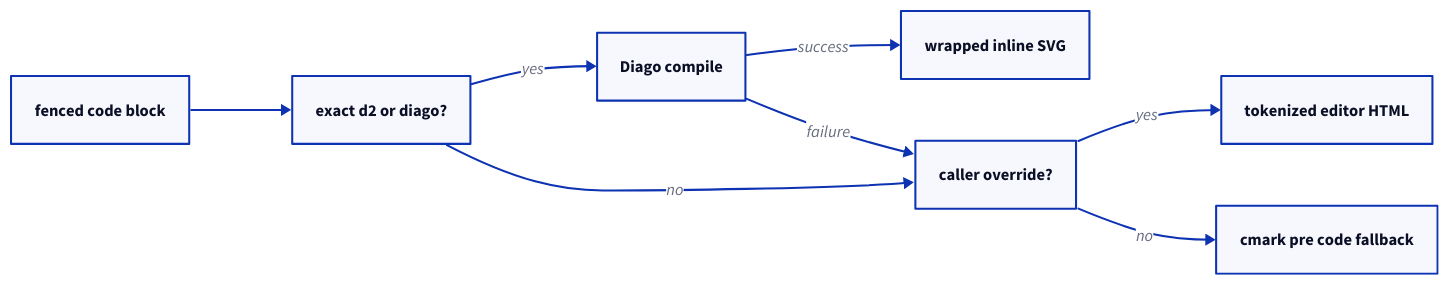
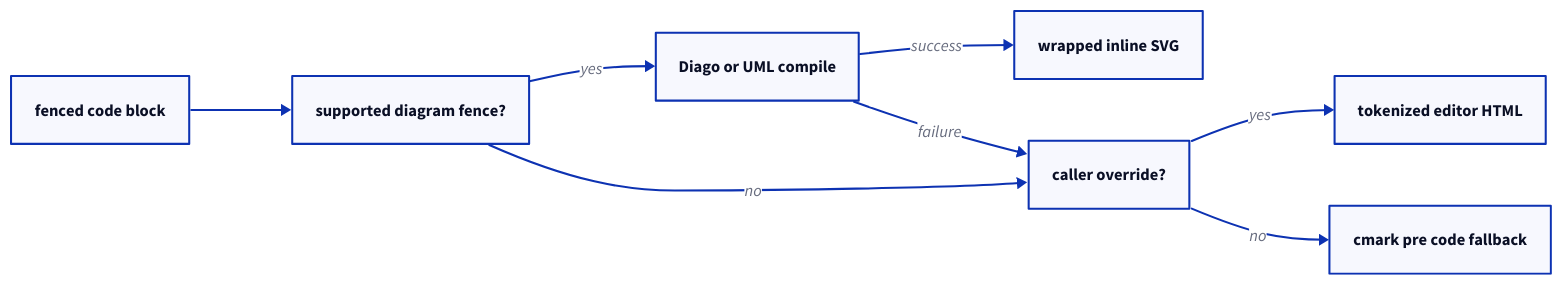
One commit to 0717lee/openseek changed the diagram in editor/internal/viewer/markdown/README.mbt.md. Above: the diagram before and after it, drawn with D2. The commit also changed other lines of this file and 11 other files, not shown here.

Commit message:
feat(editor): render UML diagrams in Markdown

````diff
--- a/editor/internal/viewer/markdown/README.mbt.md
+++ b/editor/internal/viewer/markdown/README.mbt.md
@@ -181,19 +183,19 @@
 ```d2
 direction: right
 
 fence: fenced code block
-lang: exact d2 or diago?
-compile: Diago compile
+lang: supported diagram fence?
+compile: Diago or UML compile
 svg: wrapped inline SVG
 override: caller override?
 tokens: tokenized editor HTML
 cmark: cmark pre code fallback
 
 fence -> lang
 lang -> compile: yes
 lang -> override: no
 compile -> svg: success
 compile -> override: failure
 override -> tokens: yes
 override -> cmark: no
 ```
````
